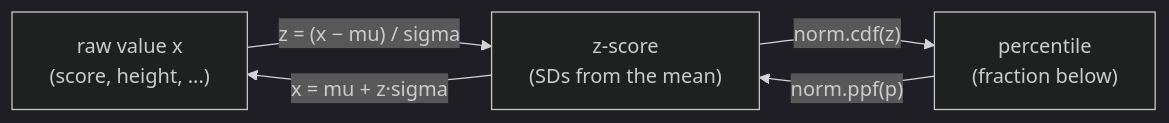
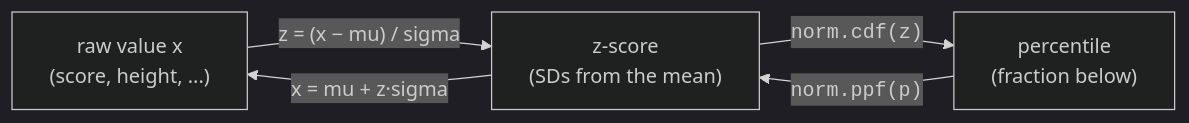
One commit to dataslope/dataslope changed the third of 3 diagrams in content/learn/statistics-for-data-science-python/the-normal-distribution.mdx. Above: the diagram before and after it, drawn with Mermaid (dark theme). The commit also changed 46 other files, not shown here.

First line of the commit message:
Wrap code in mermaid edge labels + entity/table names in DB diagrams

````diff
--- a/content/learn/statistics-for-data-science-python/the-normal-distribution.mdx
+++ b/content/learn/statistics-for-data-science-python/the-normal-distribution.mdx
@@ -195,7 +195,7 @@
 ```mermaid
 flowchart LR
   A["raw value x<br/>(score, height, ...)"] -->|"z = (x − mu) / sigma"| B["z-score<br/>(SDs from the mean)"]
-  B -->|"norm.cdf(z)"| C["percentile<br/>(fraction below)"]
-  C -->|"norm.ppf(p)"| B
+  B -->|"<code>norm.cdf(z)</code>"| C["percentile<br/>(fraction below)"]
+  C -->|"<code>norm.ppf(p)</code>"| B
   B -->|"x = mu + z·sigma"| A
 ```
````
